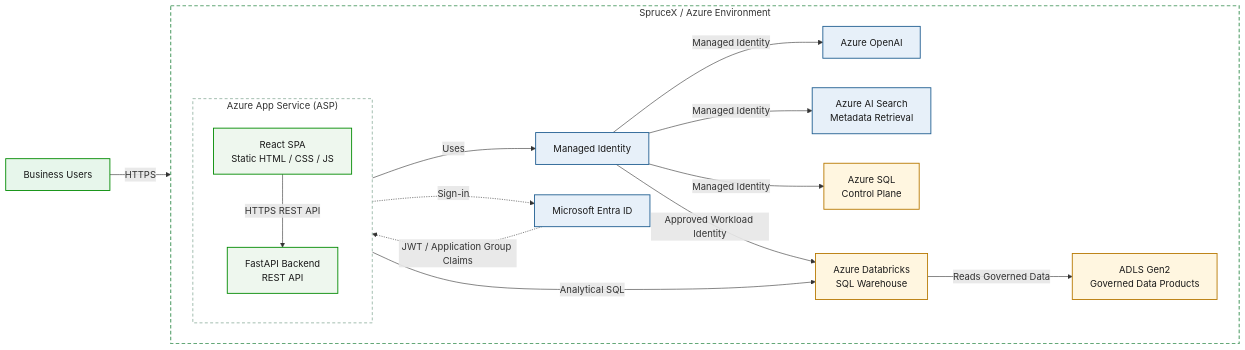
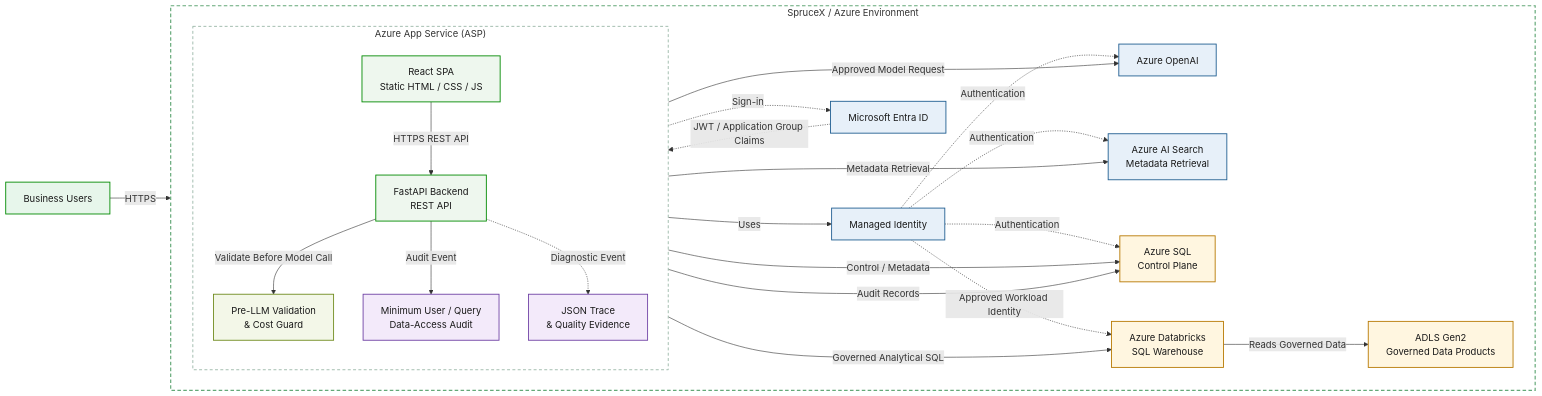
The diagram in docs/architecture/mvp1/mvp1_architecture.mmd (hesam-hakimi/usefull_prompt), drawn with Mermaid before and after one commit.

Commit message:
docs: add MVP1 safety audit and quality evidence

```diff
--- a/docs/architecture/mvp1/mvp1_architecture.mmd
+++ b/docs/architecture/mvp1/mvp1_architecture.mmd
@@ -1,46 +1,61 @@
 flowchart LR
     user["Business Users"]
 
     subgraph sprucex["SpruceX / Azure Environment"]
         direction LR
 
         subgraph hosting["Azure App Service (ASP)"]
             direction TB
             react["React SPA<br/>Static HTML / CSS / JS"]
             api["FastAPI Backend<br/>REST API"]
+            safety["Pre-LLM Validation<br/>& Cost Guard"]
+            audit["Minimum User / Query<br/>Data-Access Audit"]
+            trace["JSON Trace<br/>& Quality Evidence"]
             react -->|"HTTPS REST API"| api
+            api -->|"Validate Before Model Call"| safety
+            api -->|"Audit Event"| audit
+            api -.->|"Diagnostic Event"| trace
         end
 
         entra["Microsoft Entra ID"]
         mi["Managed Identity"]
         openai["Azure OpenAI"]
         search["Azure AI Search<br/>Metadata Retrieval"]
         sql["Azure SQL<br/>Control Plane"]
         dbsql["Azure Databricks<br/>SQL Warehouse"]
         adls["ADLS Gen2<br/>Governed Data Products"]
 
         api -->|"Uses"| mi
-        mi -->|"Managed Identity"| openai
-        mi -->|"Managed Identity"| search
-        mi -->|"Managed Identity"| sql
-        mi -->|"Approved Workload Identity"| dbsql
-        api -->|"Analytical SQL"| dbsql
+        safety -->|"Approved Model Request"| openai
+        api -->|"Metadata Retrieval"| search
+        api -->|"Control / Metadata"| sql
+        audit -->|"Audit Records"| sql
+        api -->|"Governed Analytical SQL"| dbsql
         dbsql -->|"Reads Governed Data"| adls
+
+        mi -.->|"Authentication"| openai
+        mi -.->|"Authentication"| search
+        mi -.->|"Authentication"| sql
+        mi -.->|"Approved Workload Identity"| dbsql
     end
 
     user -->|"HTTPS"| react
     react -.->|"Sign-in"| entra
     entra -.->|"JWT / Application Group Claims"| api
 
     classDef user fill:#e7f6eb,stroke:#008a00,stroke-width:1.5px,color:#1a1a1a;
     classDef app fill:#eef7ee,stroke:#008a00,stroke-width:1.5px,color:#1a1a1a;
+    classDef control fill:#f3f7e8,stroke:#708b1e,stroke-width:1.5px,color:#1a1a1a;
     classDef azure fill:#e7f0f9,stroke:#205e91,stroke-width:1.5px,color:#1a1a1a;
     classDef data fill:#fff6e0,stroke:#b77800,stroke-width:1.5px,color:#1a1a1a;
+    classDef telemetry fill:#f3eafa,stroke:#6f42a5,stroke-width:1.5px,color:#1a1a1a;
 
     class user user;
     class react,api app;
+    class safety control;
     class entra,mi,openai,search azure;
     class sql,dbsql,adls data;
+    class audit,trace telemetry;
 
     style sprucex fill:#ffffff,stroke:#64a878,stroke-width:2px,stroke-dasharray:6 4
     style hosting fill:#ffffff,stroke:#9ab7a7,stroke-width:1.5px,stroke-dasharray:5 4
```
